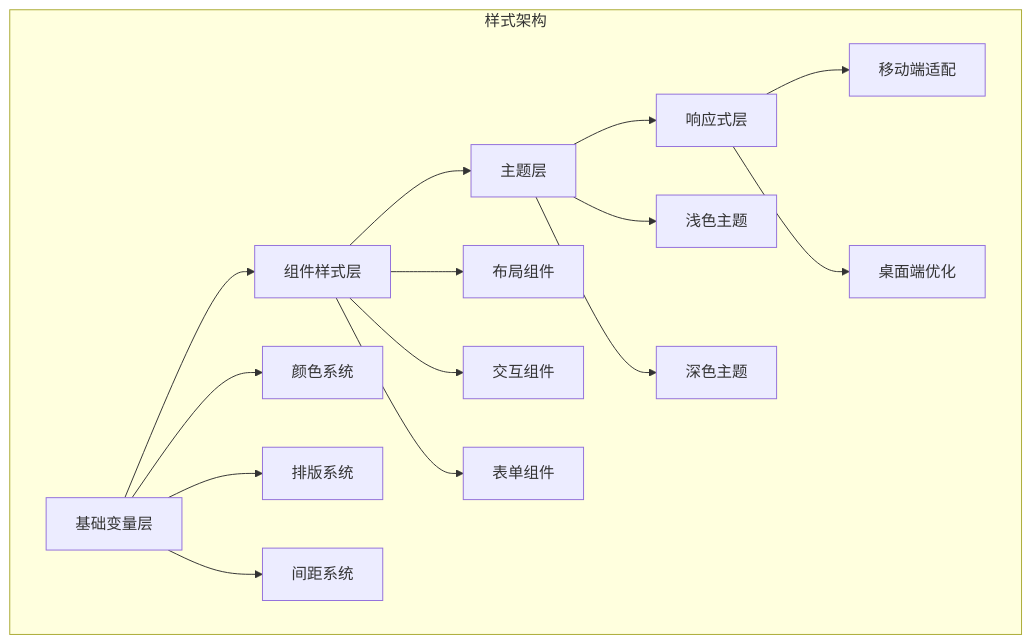
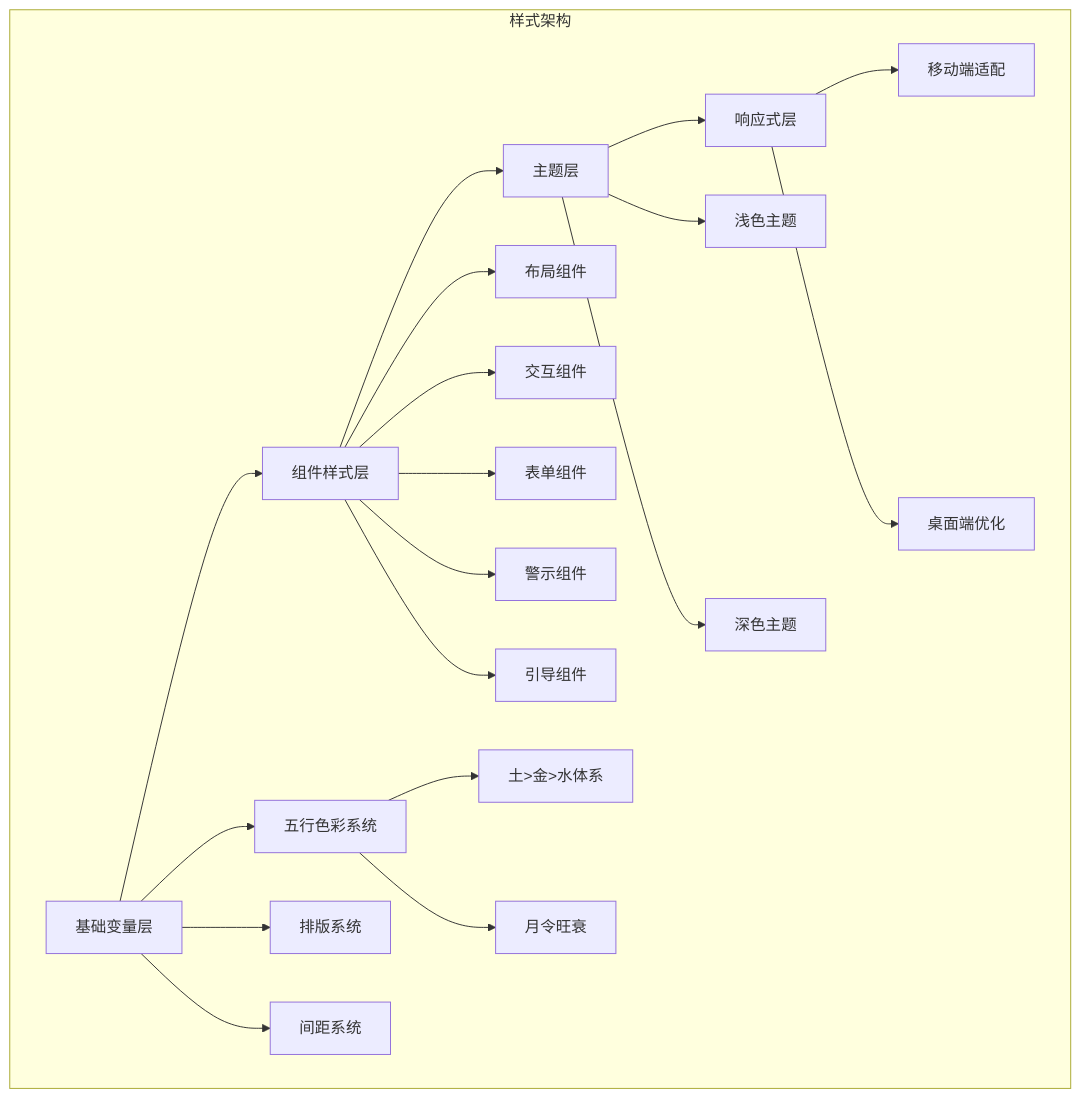
The sixth of 9 diagrams in .qoder/repowiki/zh/content/用户界面/样式与主题.md (ghg618-ui/meihuayili-3.8), drawn with Mermaid before and after one commit. The commit also changed other lines of this file and 6 other files, not shown here.

````diff
--- a/.qoder/repowiki/zh/content/用户界面/样式与主题.md
+++ b/.qoder/repowiki/zh/content/用户界面/样式与主题.md
@@ -131,18 +215,22 @@
 ```mermaid
 graph TB
 subgraph "样式架构"
 A[基础变量层] --> B[组件样式层]
 B --> C[主题层]
 C --> D[响应式层]
-A --> E[颜色系统]
+A --> E[五行色彩系统]
 A --> F[排版系统]
 A --> G[间距系统]
 B --> H[布局组件]
 B --> I[交互组件]
 B --> J[表单组件]
-C --> K[浅色主题]
-C --> L[深色主题]
-D --> M[移动端适配]
-D --> N[桌面端优化]
+B --> K[警示组件]
+B --> L[引导组件]
+C --> M[浅色主题]
+C --> N[深色主题]
+D --> O[移动端适配]
+D --> P[桌面端优化]
+E --> Q[土>金>水体系]
+E --> R[月令旺衰]
 end
 ```
````
